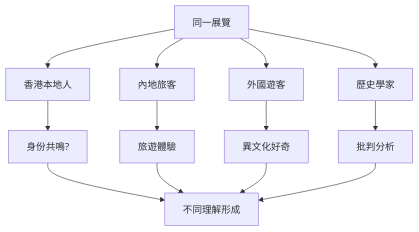
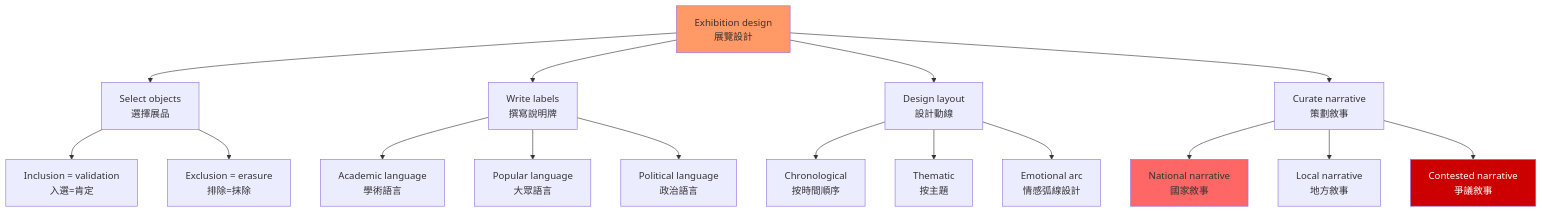
One commit to yip-lgtm/HKU-Harvard-History-Self-Study changed the fifth of 5 diagrams in 01_HKU_Courses/HIST4033_Museum_and_History.md. Above: the diagram before and after it, drawn with Mermaid. The commit also changed other lines of this file and 25 other files, not shown here.

````diff
--- a/01_HKU_Courses/HIST4033_Museum_and_History.md
+++ b/01_HKU_Courses/HIST4033_Museum_and_History.md
@@ -385,15 +195,26 @@
 ```mermaid
 flowchart TD
-    A[同一展覽] --> B[香港本地人]
-    A --> C[內地旅客]
-    A --> D[外國遊客]
-    A --> E[歷史學家]
-    B --> F[身份共鳴?]
-    C --> G[旅遊體驗]
-    D --> H[異文化好奇]
-    E --> I[批判分析]
-    F --> J[不同理解形成]
-    G --> J
-    H --> J
-    I --> J
+    A[Exhibition design<br/>展覽設計] --> B[Select objects<br/>選擇展品]
+    A --> C[Write labels<br/>撰寫說明牌]
+    A --> D[Design layout<br/>設計動線]
+    A --> E[Curate narrative<br/>策劃敘事]
+    
+    B --> B1[Inclusion = validation<br/>入選=肯定]
+    B --> B2[Exclusion = erasure<br/>排除=抹除]
+    
+    C --> C1[Academic language<br/>學術語言]
+    C --> C2[Popular language<br/>大眾語言]
+    C --> C3[Political language<br/>政治語言]
+    
+    D --> D1[Chronological<br/>按時間順序]
+    D --> D2[Thematic<br/>按主題]
+    D --> D3[Emotional arc<br/>情感弧線設計]
+    
+    E --> E1[National narrative<br/>國家敘事]
+    E --> E2[Local narrative<br/>地方敘事]
+    E --> E3[Contested narrative<br/>爭議敘事]
+    
+    style A fill:#f96
+    style E1 fill:#f66
+    style E3 fill:#c00,color:#fff
 ```
````
